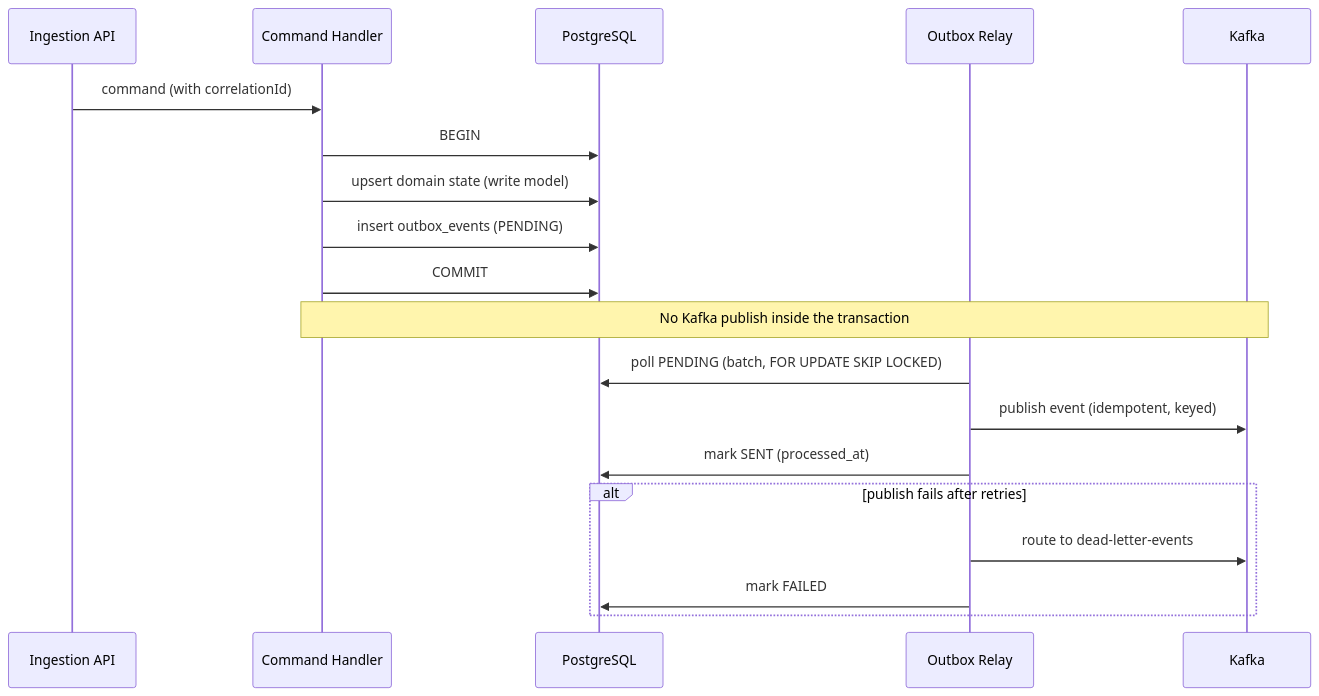
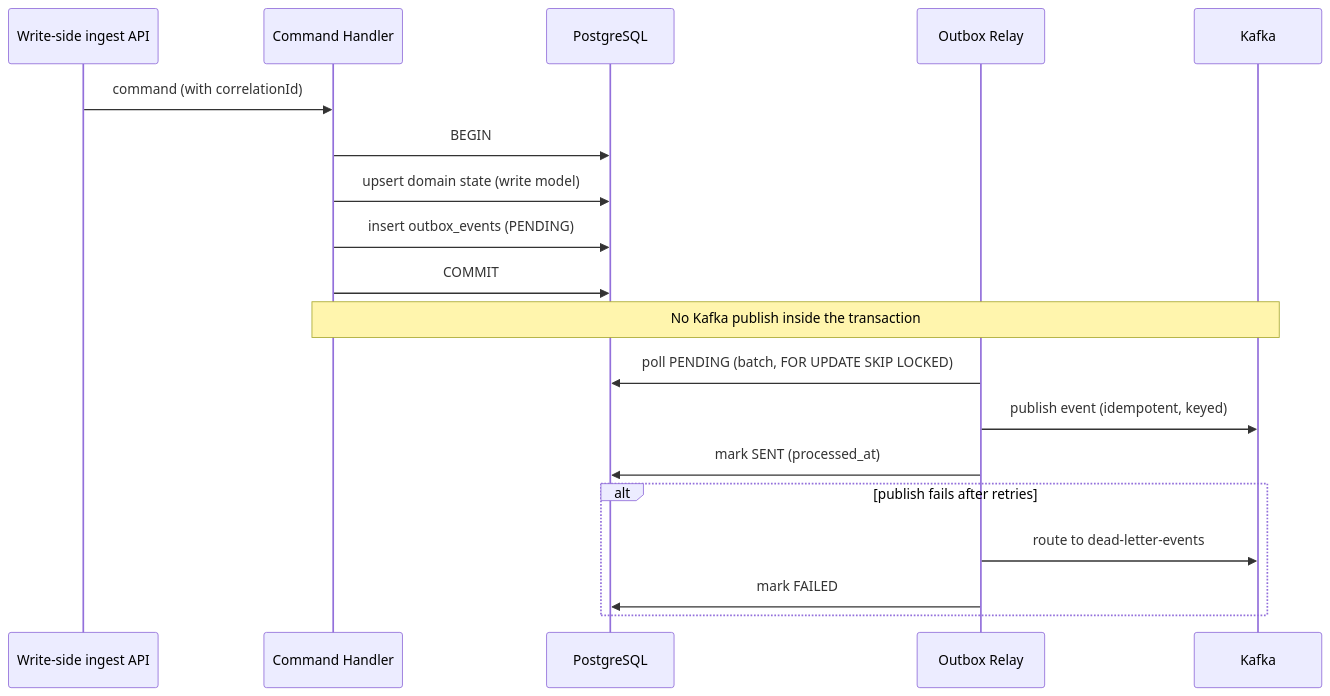
One commit to asaleh-lab/AetherStream changed the second of 2 diagrams in specs/001-aetherstream/architecture.md. Above: the diagram before and after it, drawn with Mermaid. The commit also changed other lines of this file and 53 other files, not shown here.

First line of the commit message:
refactor(services): split thin datasource producers from write-side backbone

````diff
--- a/specs/001-aetherstream/architecture.md
+++ b/specs/001-aetherstream/architecture.md
@@ -104,21 +107,21 @@
 ```mermaid
 sequenceDiagram
-  participant API as Ingestion API
+  participant API as Write-side ingest API
   participant H as Command Handler
   participant DB as PostgreSQL
   participant R as Outbox Relay
   participant K as Kafka
   API->>H: command (with correlationId)
   H->>DB: BEGIN
   H->>DB: upsert domain state (write model)
   H->>DB: insert outbox_events (PENDING)
   H->>DB: COMMIT
   Note over H,K: No Kafka publish inside the transaction
   R->>DB: poll PENDING (batch, FOR UPDATE SKIP LOCKED)
   R->>K: publish event (idempotent, keyed)
   R->>DB: mark SENT (processed_at)
   alt publish fails after retries
     R->>K: route to dead-letter-events
     R->>DB: mark FAILED
   end
 ```
````
